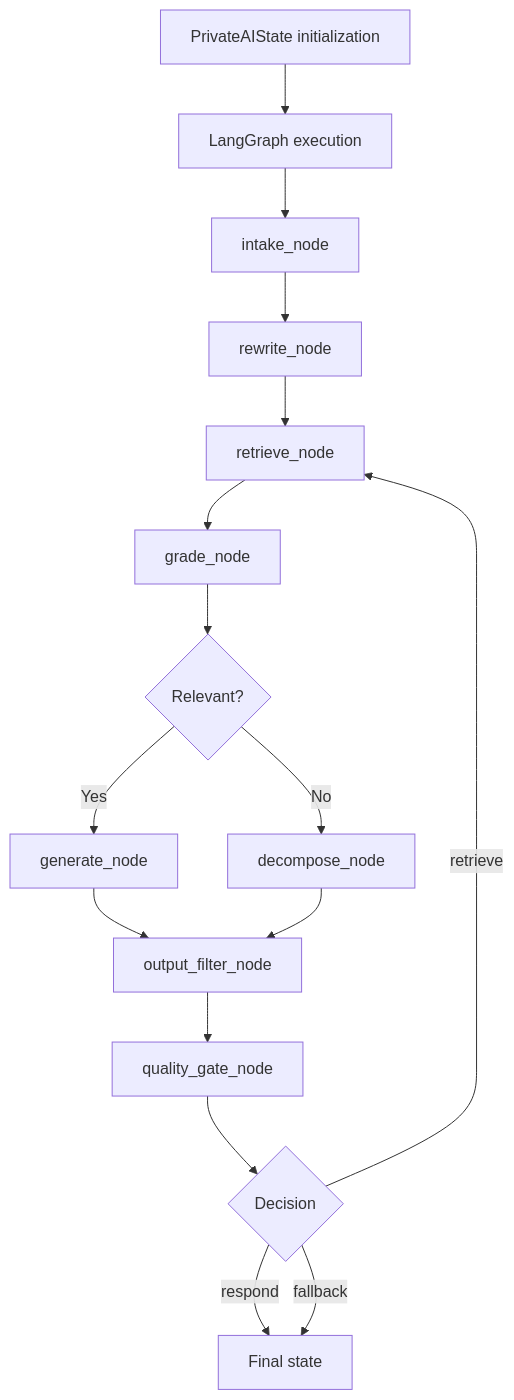
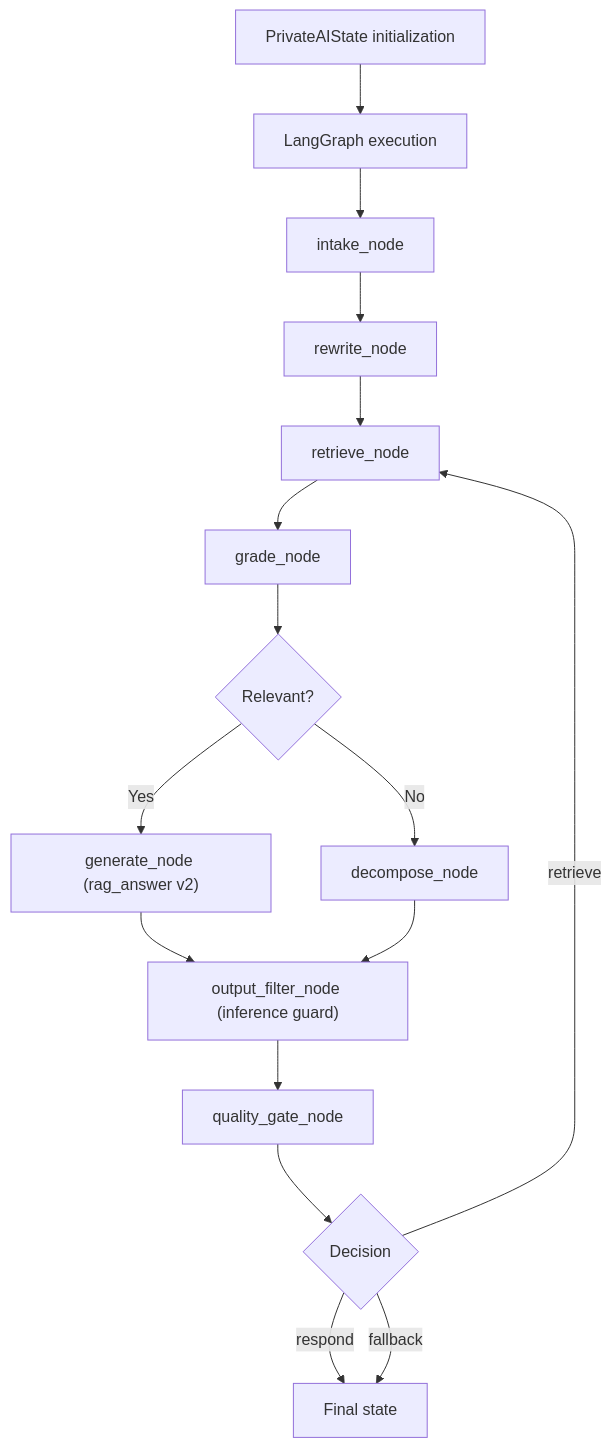
One commit to genes8/private-ai changed diagram 12 of 12 in .qoder/repowiki/en/content/Backend Development/Service Layer/RAG Pipeline Service.md. Above: the diagram before and after it, drawn with Mermaid. The commit also changed other lines of this file and 19 other files, not shown here.

First line of the commit message:
feat(rag): grounded inference answer contract, numbered citations, output filter inference guard

````diff
--- a/.qoder/repowiki/en/content/Backend Development/Service Layer/RAG Pipeline Service.md
+++ b/.qoder/repowiki/en/content/Backend Development/Service Layer/RAG Pipeline Service.md
@@ -623,18 +743,18 @@
 ```mermaid
 flowchart TD
 Init["PrivateAIState initialization"] --> Graph["LangGraph execution"]
 Graph --> Node1["intake_node"]
 Node1 --> Node2["rewrite_node"]
 Node2 --> Node3["retrieve_node"]
 Node3 --> Node4["grade_node"]
 Node4 --> Decision{"Relevant?"}
-Decision --> |Yes| Node5["generate_node"]
+Decision --> |Yes| Node5["generate_node (rag_answer v2)"]
 Decision --> |No| Node6["decompose_node"]
-Node5 --> Node7["output_filter_node"]
+Node5 --> Node7["output_filter_node (inference guard)"]
 Node6 --> Node7
 Node7 --> Node8["quality_gate_node"]
 Node8 --> Response{"Decision"}
 Response --> |respond| Final["Final state"]
 Response --> |fallback| Final
 Response --> |retrieve| Node3
 ```
````
